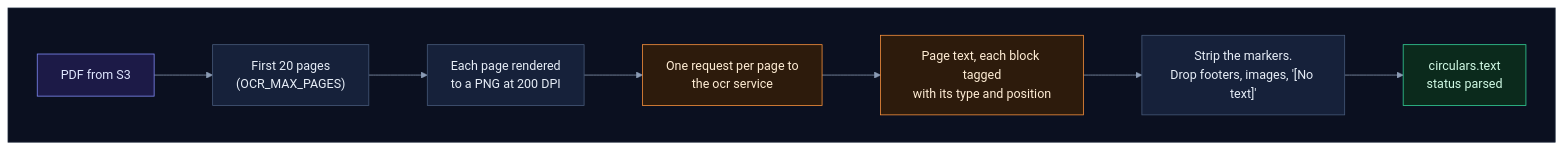
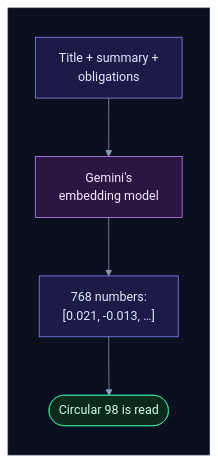
The tenth of 52 diagrams in how_it_works.md (selvakumarperumal/Regulatory_Circular_Impact_Agent), drawn with Mermaid before and after one commit. The commit also changed other lines of this file and 3 other files, not shown here.

First line of the commit message:
Rewrite how_it_works.md in plain words, a diagram per step

````diff
--- a/how_it_works.md
+++ b/how_it_works.md
@@ -567,27 +544,24 @@
 ```mermaid
 %%{init: {"theme": "base", "flowchart": {"diagramPadding": 0}, "themeVariables": {"darkMode": true, "primaryColor": "#16213a", "primaryTextColor": "#e6edf7", "primaryBorderColor": "#475a7a", "lineColor": "#8b9bb4", "secondaryColor": "#1b2436", "tertiaryColor": "#101a2e", "edgeLabelBackground": "#0f172a", "textColor": "#e2e8f0", "clusterBkg": "#0f1728", "clusterBorder": "#2b3a55", "titleColor": "#c4b5fd", "nodeTextColor": "#e6edf7"}}}%%
-flowchart LR
+flowchart TD
     subgraph canvas[" "]
-        direction LR
-        pdf["PDF from S3"] --> pages["First 20 pages<br/>(OCR_MAX_PAGES)"]
-        pages --> png["Each page rendered<br/>to a PNG at 200 DPI"]
-        png --> request["One request per page to<br/>the ocr service"]
-        request --> raw["Page text, each block tagged<br/>with its type and position"]
-        raw --> clean["Strip the markers.<br/>Drop footers, images, '[No text]'"]
-        clean --> saved["circulars.text<br/>status parsed"]
+        direction TB
+        s["Title + summary +<br/>obligations"] --> g["Gemini's<br/>embedding model"]
+        g --> e["768 numbers:<br/>[0.021, -0.013, …]"]
+        e --> r(["Circular 98 is read"])
     end
-
     classDef svc fill:#0e2a2c,stroke:#2dd4bf,color:#ccfbf1
     classDef data fill:#1c1a47,stroke:#818cf8,color:#e0e7ff
     classDef ext fill:#2a1640,stroke:#c084fc,color:#f3e8ff
     classDef gpu fill:#2d1b0c,stroke:#fb923c,color:#ffedd5
     classDef ask fill:#2a2410,stroke:#fbbf24,color:#fef3c7
     classDef ok fill:#0b2a1c,stroke:#34d399,color:#d1fae5
     classDef bad fill:#2e0f17,stroke:#fb7185,color:#ffe4e6
     classDef start fill:#1c2a0e,stroke:#a7ef6f,color:#ecfccb
     classDef muted fill:#1a2130,stroke:#64748b,color:#cbd5e1
-    class pdf data
-    class request,raw gpu
-    class saved ok
+    classDef queue fill:#0c2231,stroke:#38bdf8,color:#e0f2fe
+    class s,e data
+    class g ext
+    class r ok
     style canvas fill:#0b1020,stroke:#1e293b,color:#0b1020
 ```
````
